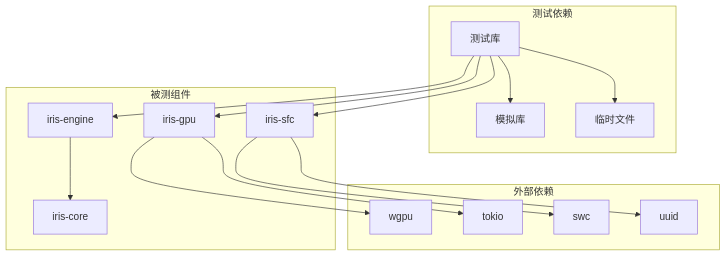
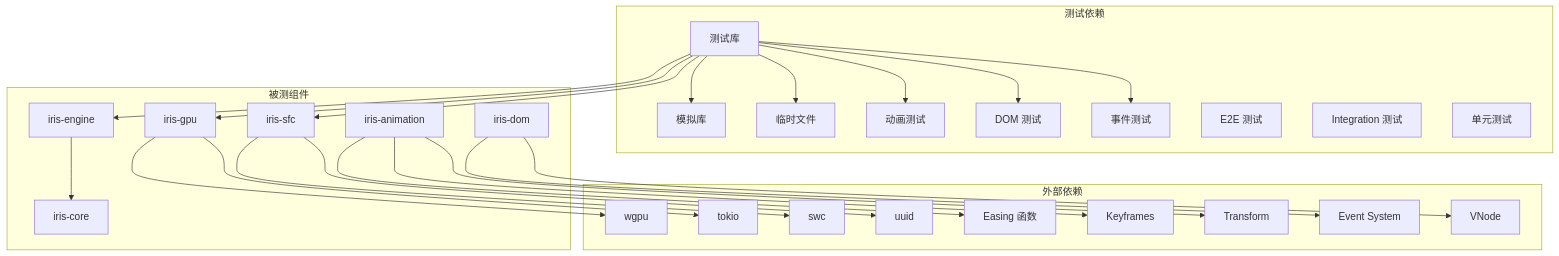
Before and after one commit to itszzl-sudo/iris: diagram 13 of 13 in .qoder/repowiki/zh/content/核心功能特性/工程化与商业化能力/测试框架与基础设施/测试框架与基础设施.md, drawn with Mermaid. The commit also changed other lines of this file and 8 other files, not shown here.

````diff
--- a/.qoder/repowiki/zh/content/核心功能特性/工程化与商业化能力/测试框架与基础设施/测试框架与基础设施.md
+++ b/.qoder/repowiki/zh/content/核心功能特性/工程化与商业化能力/测试框架与基础设施/测试框架与基础设施.md
@@ -314,30 +551,51 @@
 ```mermaid
 graph TB
 subgraph "测试依赖"
 TEST_LIB[测试库]
 MOCK[模拟库]
 TEMP[临时文件]
+ANIMATION_TEST[动画测试]
+DOM_TEST[DOM 测试]
+EVENT_TEST[事件测试]
+END_TO_END[E2E 测试]
+INTEGRATION[Integration 测试]
+UNIT[单元测试]
 end
 subgraph "被测组件"
 ENGINE[iris-engine]
 GPU[iris-gpu]
 SFC[iris-sfc]
 CORE[iris-core]
+ANIM_ENGINE[iris-animation]
+DOM_ENGINE[iris-dom]
 end
 subgraph "外部依赖"
 WGPU[wgpu]
 TOKIO[tokio]
 SWC[swc]
 UUID[uuid]
+EASE[Easing 函数]
+KEYFRAME[Keyframes]
+TRANSFORM[Transform]
+EVENT[Event System]
+VNODE[VNode]
 end
 TEST_LIB --> ENGINE
 TEST_LIB --> GPU
 TEST_LIB --> SFC
 TEST_LIB --> MOCK
 TEST_LIB --> TEMP
+TEST_LIB --> ANIMATION_TEST
+TEST_LIB --> DOM_TEST
+TEST_LIB --> EVENT_TEST
 ENGINE --> CORE
 GPU --> WGPU
 GPU --> TOKIO
 SFC --> SWC
 SFC --> UUID
+ANIM_ENGINE --> EASE
+ANIM_ENGINE --> KEYFRAME
+ANIM_ENGINE --> TRANSFORM
+DOM_ENGINE --> EVENT
+DOM_ENGINE --> VNODE
 ```
````
